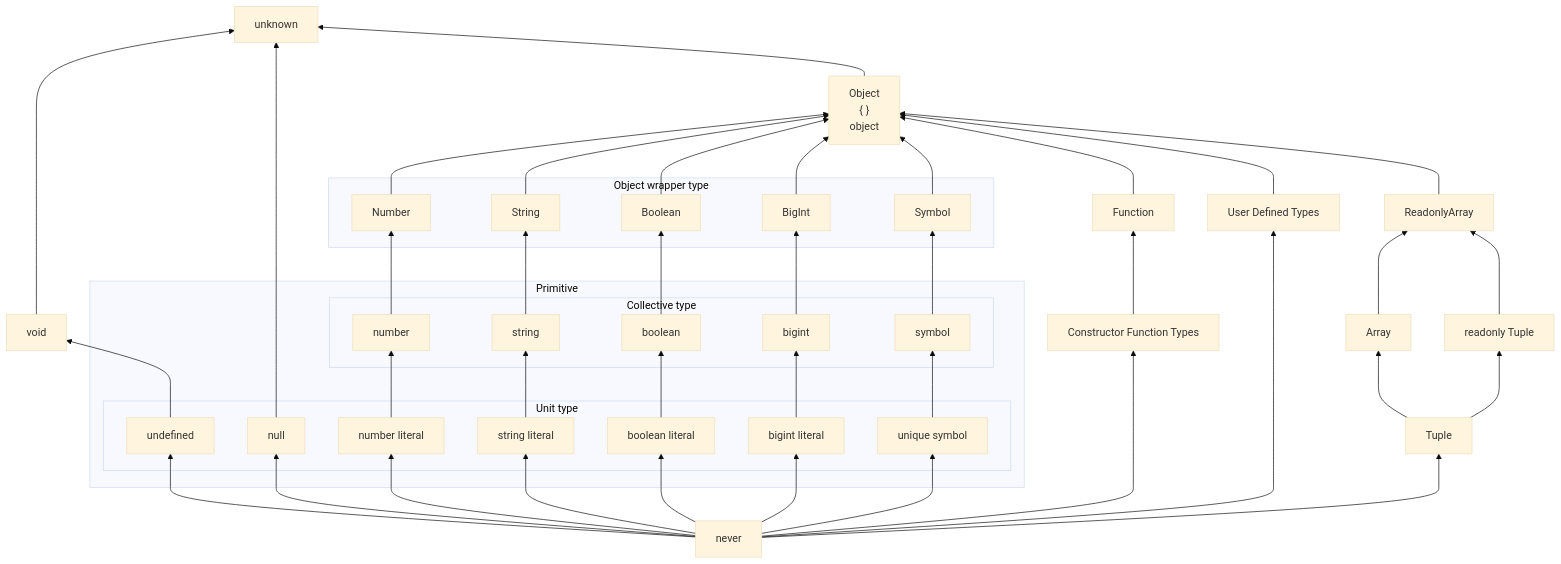
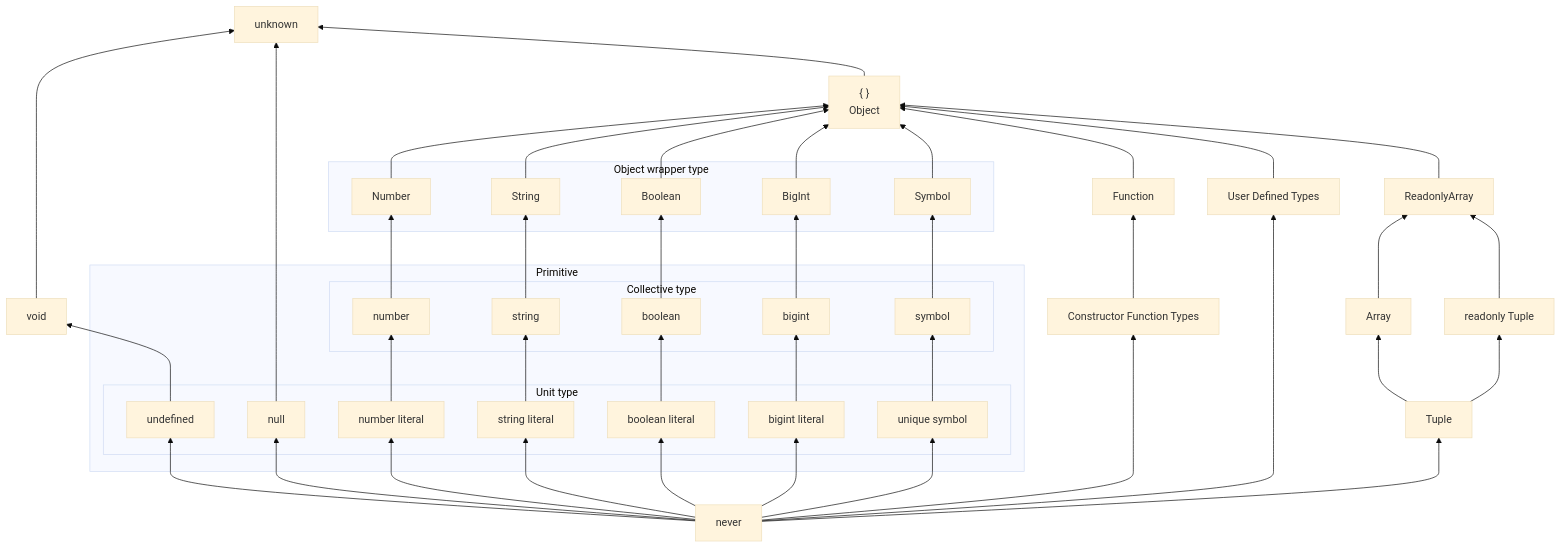
Before and after one commit to yo-goto/zenn-public-repo: the first of 42 diagrams in books/ts-algebraic-models/7-tam-lattice-theoretic-model.md, drawn with Mermaid (base theme). The commit also changed other lines of this file and 2 other files, not shown here.

````diff
--- a/books/ts-algebraic-models/7-tam-lattice-theoretic-model.md
+++ b/books/ts-algebraic-models/7-tam-lattice-theoretic-model.md
@@ -17,46 +17,46 @@
 ```mermaid
 graph BT
   U[unknown]
   N[never]
   V[void]
-  O["Object\n { }\n object"]
+  O["{ }\n Object"]
   udt["User Defined Types"]
   cons["Constructor Function Types"]
   N --> undefined --> V --> U
   N --> null --> U
   Number & String & Boolean & BigInt & Symbol --> O --> U
   subgraph Wrap[Object wrapper type]
     Number
     String
     Boolean
     BigInt
     Symbol
   end
   subgraph Primitive
     subgraph Unit[Unit type]
       undefined
       null
       nl[number literal]
       sl[string literal]
       bl[boolean literal]
       bil[bigint literal]
       us[unique symbol]
     end
     subgraph Col[Collective type]
       number
       string
       boolean
       bigint
       symbol
     end
       nl[number literal] --> number --> Number
       sl[string literal] --> string --> String
       bl[boolean literal] --> boolean --> Boolean
       bil[bigint literal] --> bigint --> BigInt
       us[unique symbol] --> symbol --> Symbol
   end
   N --> nl & sl & bl & bil & us
   N --> cons --> Function --> O
   N --> udt --> O
   N --> Tuple --> Array & RT[readonly Tuple] --> ReadonlyArray --> O
 ```
````
